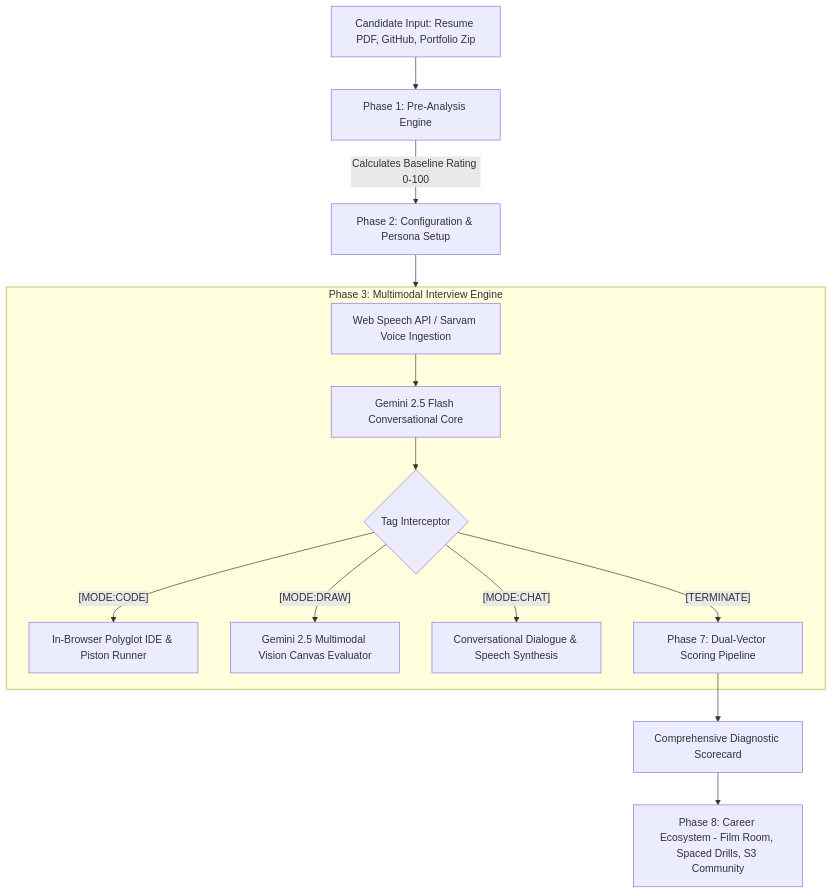
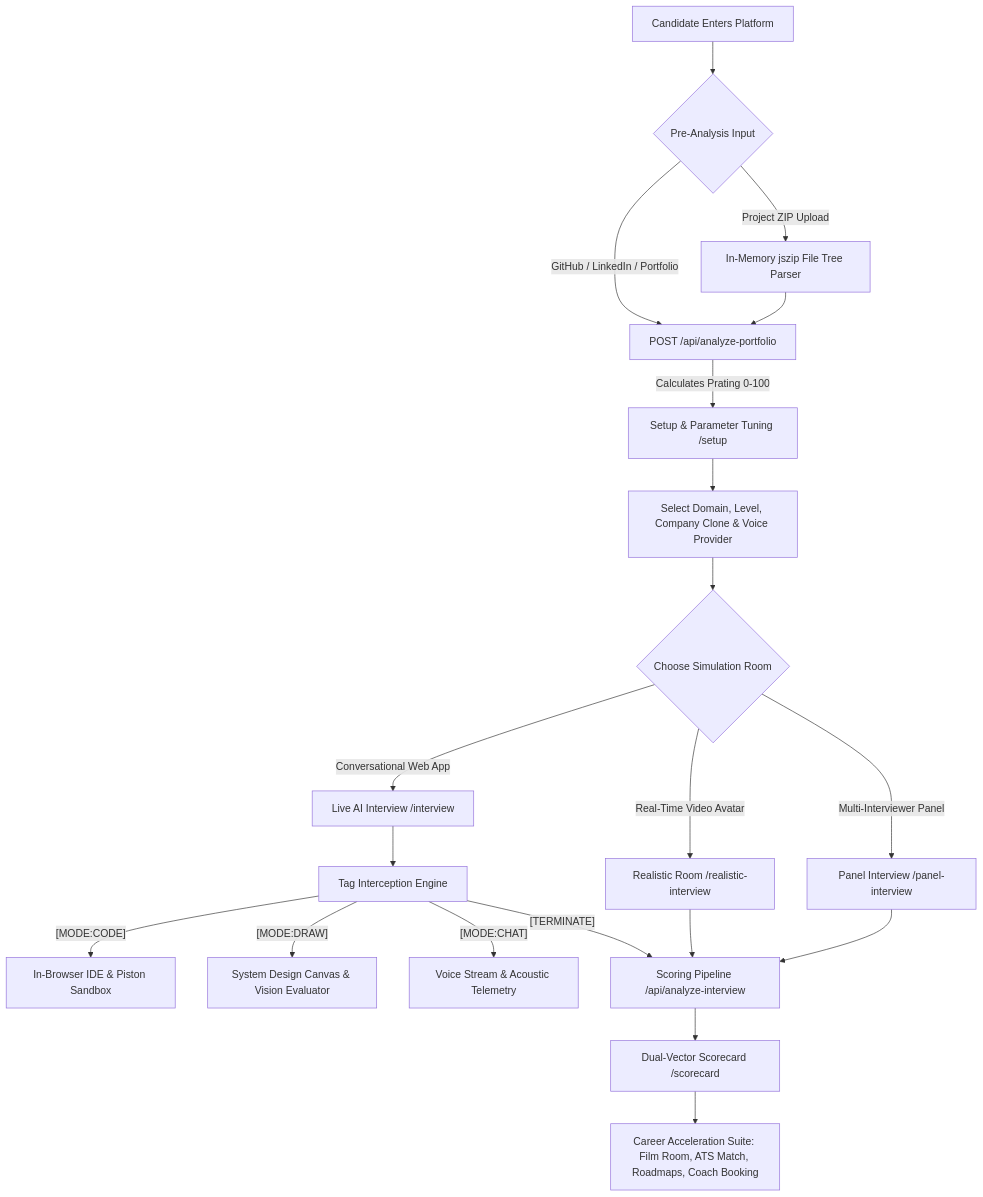
Before and after one commit to hemanthtc/ProInterview: the first of 16 diagrams in REPORT.md, drawn with Mermaid. The commit also changed other lines of this file, not shown here.

````diff
--- a/REPORT.md
+++ b/REPORT.md
@@ -123,18 +172,27 @@
 ```mermaid
 flowchart TD
-    A[Candidate Input: Resume PDF, GitHub, Portfolio Zip] --> B[Phase 1: Pre-Analysis Engine]
-    B -->|Calculates Baseline Rating 0-100| C[Phase 2: Configuration & Persona Setup]
-    C --> D[Phase 3: Live Multimodal Interview Loop]
+    A[Candidate Enters Platform] --> B{Pre-Analysis Input}
+    B -->|GitHub / LinkedIn / Portfolio| C[POST /api/analyze-portfolio]
+    B -->|Project ZIP Upload| D[In-Memory jszip File Tree Parser]
+    D --> C
+    C -->|Calculates Prating 0-100| E[Setup & Parameter Tuning /setup]
     
-    subgraph D [Phase 3: Multimodal Interview Engine]
-        D1[Web Speech API / Sarvam Voice Ingestion] --> D2[Gemini 2.5 Flash Conversational Core]
-        D2 --> D3{Tag Interceptor}
-        D3 -->|"[MODE:CODE]"| D4[In-Browser Polyglot IDE & Piston Runner]
-        D3 -->|"[MODE:DRAW]"| D5[Gemini 2.5 Multimodal Vision Canvas Evaluator]
-        D3 -->|"[MODE:CHAT]"| D6[Conversational Dialogue & Speech Synthesis]
-        D3 -->|"[TERMINATE]"| E[Phase 7: Dual-Vector Scoring Pipeline]
-    end
+    E --> F[Select Domain, Level, Company Clone & Voice Provider]
+    F --> G{Choose Simulation Room}
     
-    E --> F[Comprehensive Diagnostic Scorecard]
-    F --> G[Phase 8: Career Ecosystem - Film Room, Spaced Drills, S3 Community]
+    G -->|Conversational Web App| H[Live AI Interview /interview]
+    G -->|Real-Time Video Avatar| I[Realistic Room /realistic-interview]
+    G -->|Multi-Interviewer Panel| J[Panel Interview /panel-interview]
+    
+    H --> K[Tag Interception Engine]
+    K -->|"[MODE:CODE]"| L[In-Browser IDE & Piston Sandbox]
+    K -->|"[MODE:DRAW]"| M[System Design Canvas & Vision Evaluator]
+    K -->|"[MODE:CHAT]"| N[Voice Stream & Acoustic Telemetry]
+    K -->|"[TERMINATE]"| O[Scoring Pipeline /api/analyze-interview]
+    
+    I --> O
+    J --> O
+    
+    O --> P[Dual-Vector Scorecard /scorecard]
+    P --> Q[Career Acceleration Suite: Film Room, ATS Match, Roadmaps, Coach Booking]
 ```
````
